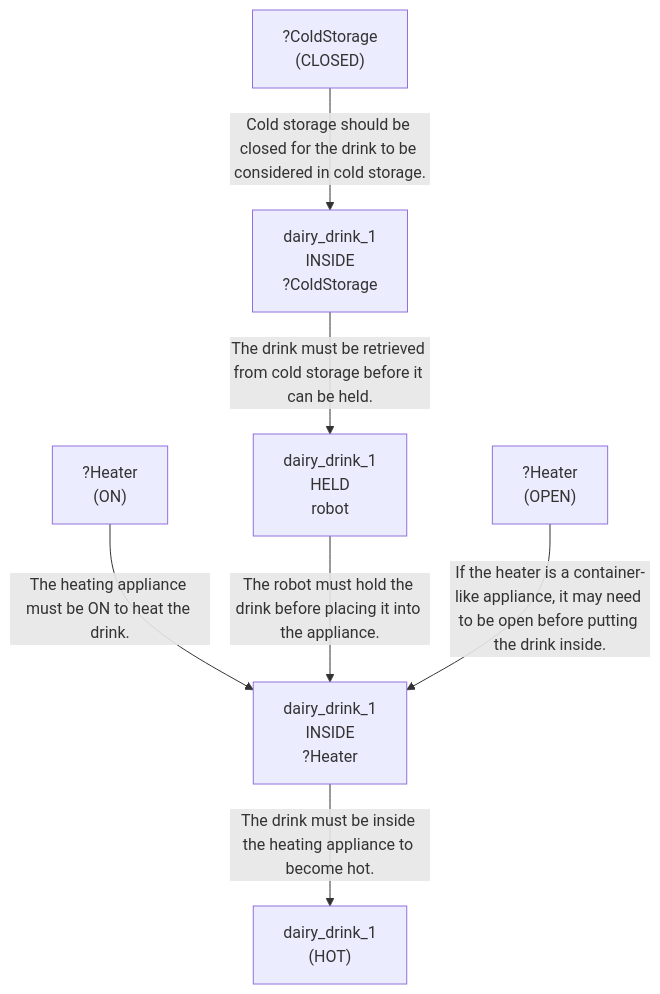
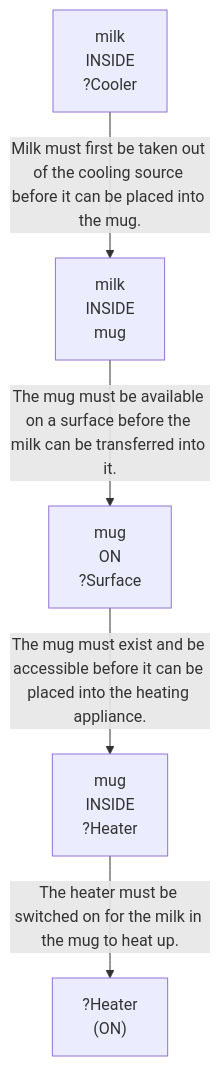
The fourth of 15 diagrams in evaluation/results/table1/robostate/instruction_type/vague/G1_01/run_T1_INST_G1_01_vague.md (scuama/virtualhome), drawn with Mermaid before and after one commit. The commit also changed other lines of this file and 133 other files, not shown here.

````diff
--- a/evaluation/results/table1/robostate/instruction_type/vague/G1_01/run_T1_INST_G1_01_vague.md
+++ b/evaluation/results/table1/robostate/instruction_type/vague/G1_01/run_T1_INST_G1_01_vague.md
@@ -192,16 +180,12 @@
 ```mermaid
 graph TD
-    N1["dairy_drink_1<br>(HOT)"]
-    N2["dairy_drink_1<br>INSIDE<br>?Heater"]
-    N3["?Heater<br>(ON)"]
-    N4["dairy_drink_1<br>HELD<br>robot"]
-    N5["dairy_drink_1<br>INSIDE<br>?ColdStorage"]
-    N6["?ColdStorage<br>(CLOSED)"]
-    N7["?Heater<br>(OPEN)"]
-    N2 -->|"The drink must be inside the heating appliance to become hot."| N1
-    N3 -->|"The heating appliance must be ON to heat the drink."| N2
-    N4 -->|"The robot must hold the drink before placing it into the appliance."| N2
-    N5 -->|"The drink must be retrieved from cold storage before it can be held."| N4
-    N6 -->|"Cold storage should be closed for the drink to be considered in cold storage."| N5
-    N7 -->|"If the heater is a container-like appliance, it may need to be open before putting the drink inside."| N2
+    N1["milk<br>INSIDE<br>?Cooler"]
+    N2["milk<br>INSIDE<br>mug"]
+    N3["mug<br>ON<br>?Surface"]
+    N4["mug<br>INSIDE<br>?Heater"]
+    N5["?Heater<br>(ON)"]
+    N1 -->|"Milk must first be taken out of the cooling source before it can be placed into the mug."| N2
+    N2 -->|"The mug must be available on a surface before the milk can be transferred into it."| N3
+    N4 -->|"The heater must be switched on for the milk in the mug to heat up."| N5
+    N3 -->|"The mug must exist and be accessible before it can be placed into the heating appliance."| N4
 ```
````
